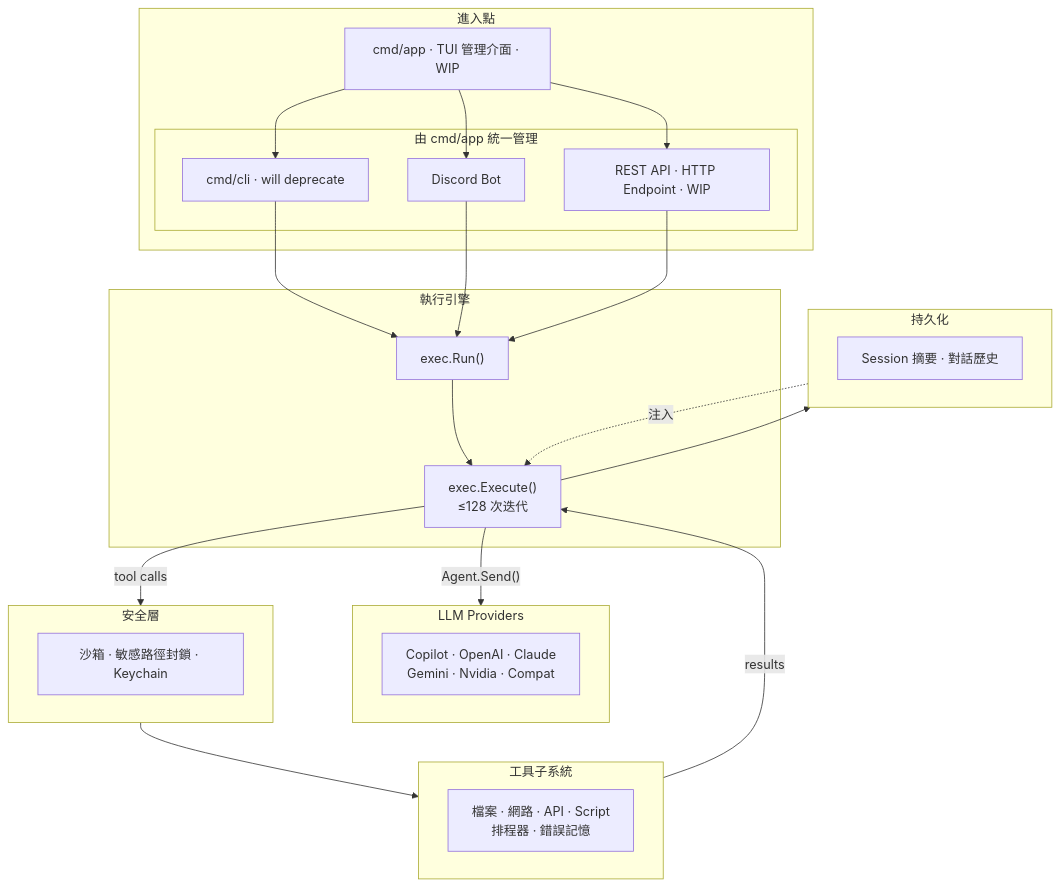
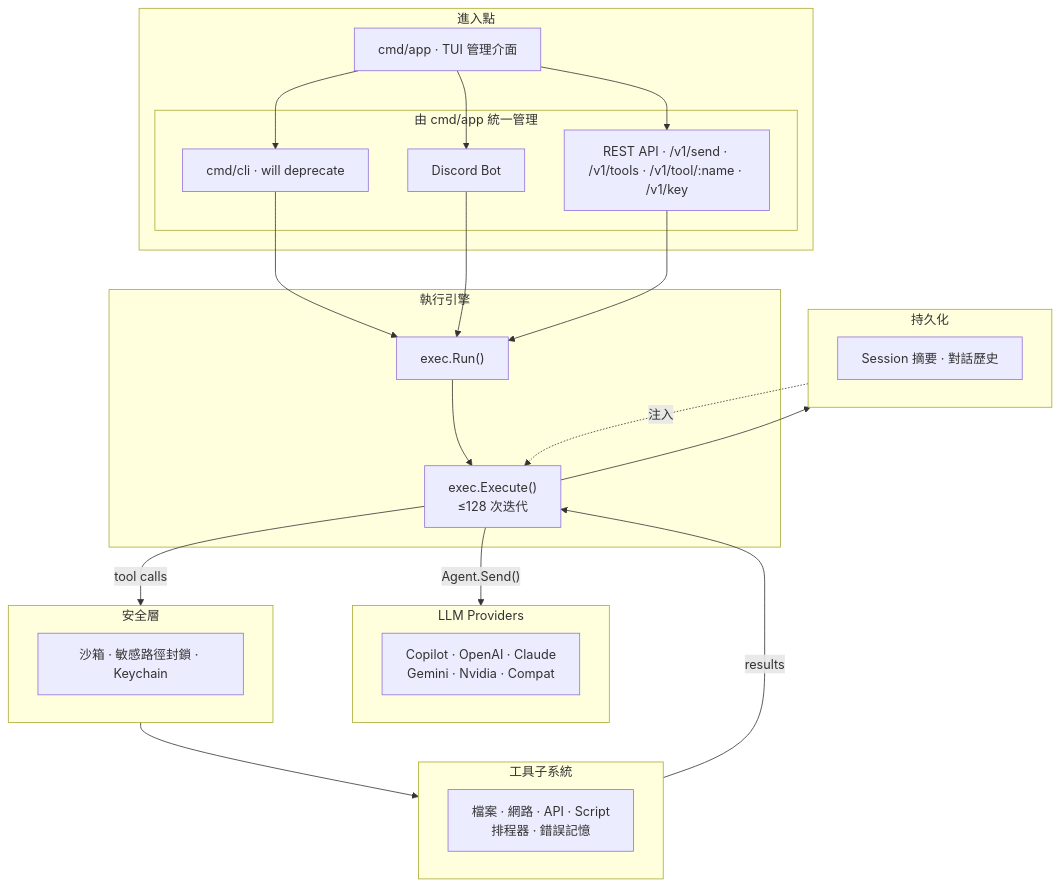
One commit to pardnchiu/Agenvoy changed the first of 7 diagrams in doc/architecture.zh.md. Above: the diagram before and after it, drawn with Mermaid. The commit also changed other lines of this file and 6 other files, not shown here.

Commit message:
release: v0.17.0 Introduced a full REST API, added a TUI dashboard

````diff
--- a/doc/architecture.zh.md
+++ b/doc/architecture.zh.md
@@ -9,46 +9,46 @@
 ```mermaid
 graph TB
     subgraph Entry ["進入點"]
-        App["cmd/app · TUI 管理介面 · WIP"]
+        App["cmd/app · TUI 管理介面"]
         subgraph Managed ["由 cmd/app 統一管理"]
             CLI["cmd/cli · will deprecate"]
             Discord["Discord Bot"]
-            API["REST API · HTTP Endpoint · WIP"]
+            API["REST API · /v1/send · /v1/tools · /v1/tool/:name · /v1/key"]
         end
     end
 
     subgraph Engine ["執行引擎"]
         Run["exec.Run()"]
         Execute["exec.Execute()\n≤128 次迭代"]
     end
 
     subgraph Providers ["LLM Providers"]
         P["Copilot · OpenAI · Claude\nGemini · Nvidia · Compat"]
     end
 
     subgraph Security ["安全層"]
         S["沙箱 · 敏感路徑封鎖 · Keychain"]
     end
 
     subgraph Tools ["工具子系統"]
         T["檔案 · 網路 · API · Script\n排程器 · 錯誤記憶"]
     end
 
     subgraph Persistence ["持久化"]
         PS["Session 摘要 · 對話歷史"]
     end
 
     App --> CLI
     App --> Discord
     App --> API
     CLI --> Run
     Discord --> Run
     API --> Run
     Run --> Execute
     Execute -->|"Agent.Send()"| Providers
     Execute -->|"tool calls"| Security
     Security --> Tools
     Tools -->|"results"| Execute
     Execute --> Persistence
     Persistence -.->|"注入"| Execute
 ```
````
